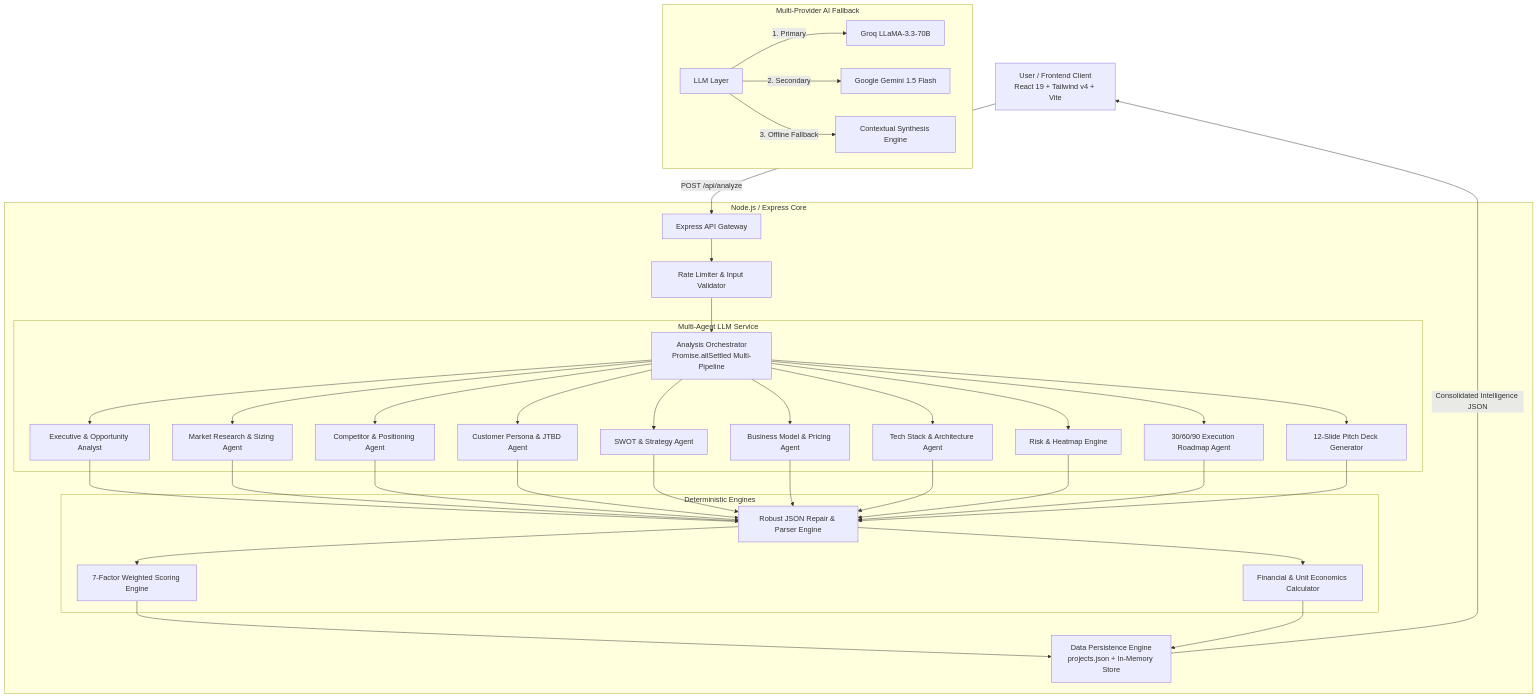
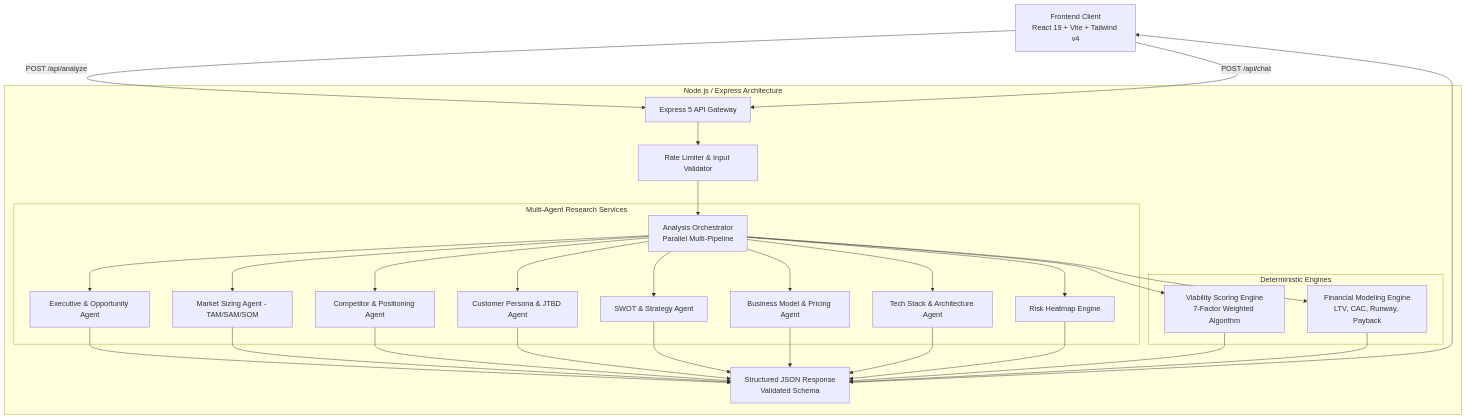
One commit to arpitat09/AI_Startup changed the diagram in README.md. Above: the diagram before and after it, drawn with Mermaid. The commit also changed other lines of this file and 5 other files, not shown here.

Commit message:
docs: enrich README with production screenshots, architecture diagrams, and live Vercel/Render links

````diff
--- a/README.md
+++ b/README.md
@@ -44,40 +112,30 @@
 ```mermaid
 graph TD
-    A[User / Frontend Client<br/>React 19 + Tailwind v4 + Vite] -->|POST /api/analyze| B[Express API Gateway]
+    A[Frontend Client<br/>React 19 + Vite + Tailwind v4] -->|POST /api/analyze| B[Express 5 API Gateway]
+    A -->|POST /api/chat| B
     
-    subgraph Backend Server [Node.js / Express Core]
+    subgraph Backend Core [Node.js / Express Architecture]
         B --> C[Rate Limiter & Input Validator]
-        C --> D[Analysis Orchestrator<br/>Promise.allSettled Multi-Pipeline]
+        C --> D[Analysis Orchestrator<br/>Parallel Multi-Pipeline]
         
-        subgraph Multi-Agent LLM Service
-            D --> E1[Executive & Opportunity Analyst]
-            D --> E2[Market Research & Sizing Agent]
+        subgraph Multi-Agent Research Services
+            D --> E1[Executive & Opportunity Agent]
+            D --> E2[Market Sizing Agent - TAM/SAM/SOM]
             D --> E3[Competitor & Positioning Agent]
             D --> E4[Customer Persona & JTBD Agent]
             D --> E5[SWOT & Strategy Agent]
             D --> E6[Business Model & Pricing Agent]
             D --> E7[Tech Stack & Architecture Agent]
-            D --> E8[Risk & Heatmap Engine]
-            D --> E9[30/60/90 Execution Roadmap Agent]
-            D --> E10[12-Slide Pitch Deck Generator]
+            D --> E8[Risk Heatmap Engine]
         end
         
-        E1 & E2 & E3 & E4 & E5 & E6 & E7 & E8 & E9 & E10 --> F[Robust JSON Repair & Parser Engine]
-        
         subgraph Deterministic Engines
-            F --> G[7-Factor Weighted Scoring Engine]
-            F --> H[Financial & Unit Economics Calculator]
+            D --> F1[Viability Scoring Engine<br/>7-Factor Weighted Algorithm]
+            D --> F2[Financial Modeling Engine<br/>LTV, CAC, Runway, Payback]
         end
         
-        G & H --> I[Data Persistence Engine<br/>projects.json + In-Memory Store]
+        E1 & E2 & E3 & E4 & E5 & E6 & E7 & E8 & F1 & F2 --> G[Structured JSON Response<br/>Validated Schema]
     end
     
-    I -->|Consolidated Intelligence JSON| A
-    
-    subgraph Multi-Provider AI Fallback
-        LLMProvider[LLM Layer]
-        LLMProvider -->|1. Primary| Groq[Groq LLaMA-3.3-70B]
-        LLMProvider -->|2. Secondary| Gemini[Google Gemini 1.5 Flash]
-        LLMProvider -->|3. Offline Fallback| Offline[Contextual Synthesis Engine]
-    end
+    G --> A
 ```
````
